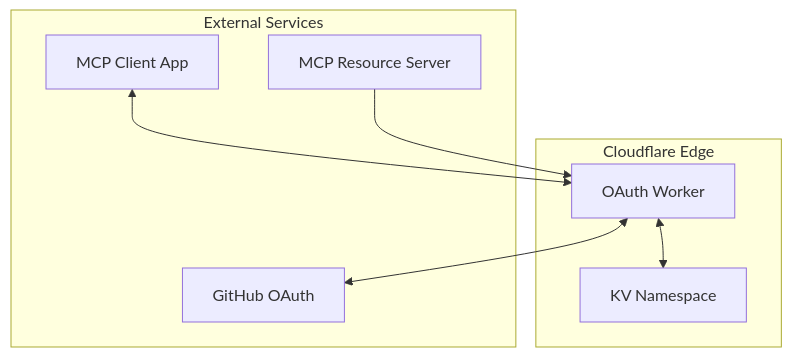
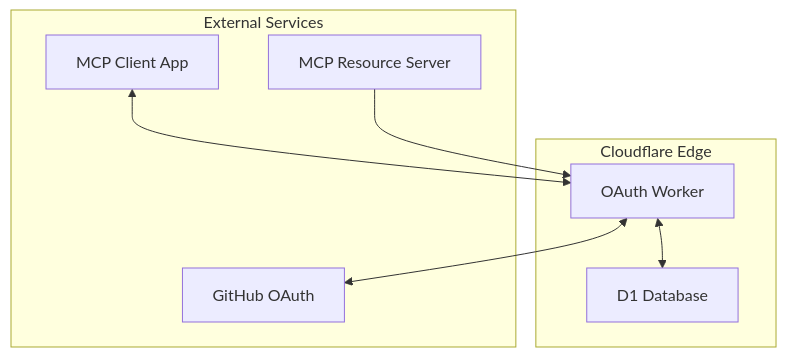
Before and after one commit to R167/mcp-oauth: the fifth of 5 diagrams in Architecture.md, drawn with Mermaid. The commit also changed other lines of this file, not shown here.

First line of the commit message:
Update Architecture.md to reflect D1 database implementation

````diff
--- a/Architecture.md
+++ b/Architecture.md
@@ -193,18 +194,18 @@
 ```mermaid
 graph TB
     subgraph "Cloudflare Edge"
         Worker[OAuth Worker]
-        KV[KV Namespace]
+        D1[D1 Database]
     end
 
     subgraph "External Services"
         GitHub[GitHub OAuth]
         Client[MCP Client App]
         Resource[MCP Resource Server]
     end
 
-    Worker <--> KV
+    Worker <--> D1
     Worker <--> GitHub
     Client <--> Worker
     Resource --> Worker
 ```
````
